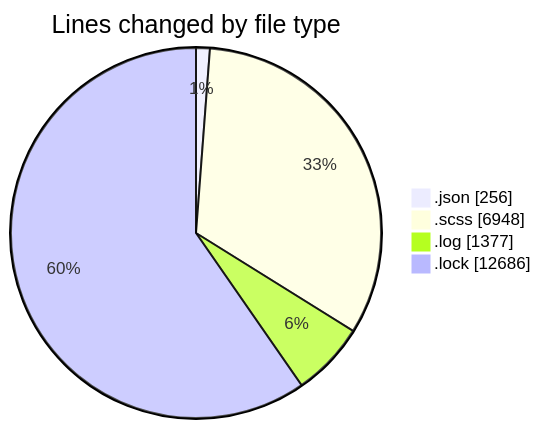
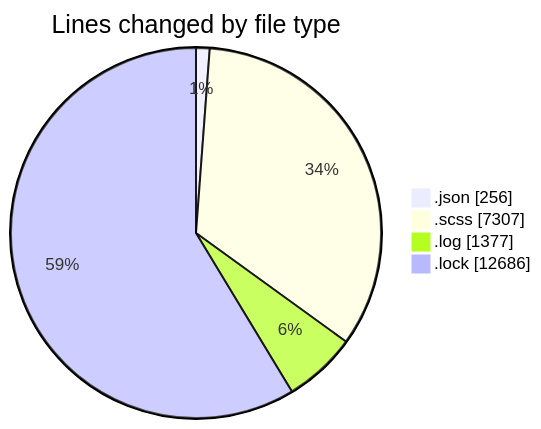
The first of 2 diagrams in 2026-01-22/cda/README.md (momahboobian/code-tracking), drawn with Mermaid before and after one commit. The commit also changed other lines of this file and 1 other file, not shown here.

````diff
--- a/2026-01-22/cda/README.md
+++ b/2026-01-22/cda/README.md
@@ -79,8 +80,8 @@
 ```mermaid
 pie showData
 title Lines changed by file type
 ".json" : 256
-".scss" : 6948
+".scss" : 7307
 ".log" : 1377
 ".lock" : 12686
 ```
````
